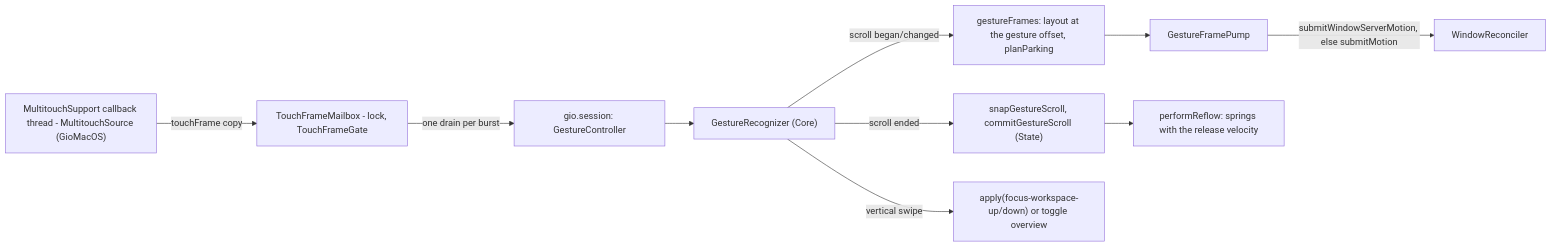
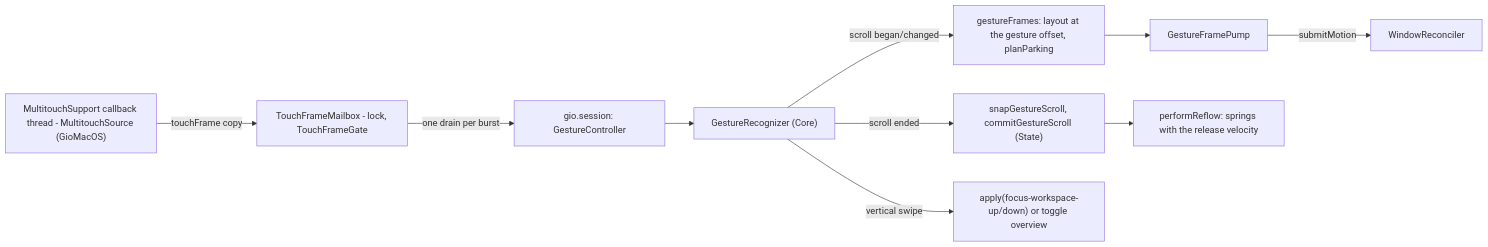
Before and after one commit to ismaelosuna7824/gio: the fourth of 6 diagrams in docs/ARCHITECTURE.md, drawn with Mermaid. The commit also changed other lines of this file and 49 other files, not shown here.

````diff
--- a/docs/ARCHITECTURE.md
+++ b/docs/ARCHITECTURE.md
@@ -452,12 +425,12 @@
 ```mermaid
 flowchart LR
     MT["MultitouchSupport callback thread - MultitouchSource (GioMacOS)"] -->|"touchFrame copy"| Box["TouchFrameMailbox - lock, TouchFrameGate"]
     Box -->|"one drain per burst"| Ctl["gio.session: GestureController"]
     Ctl --> Rec["GestureRecognizer (Core)"]
     Rec -->|"scroll began/changed"| Frames["gestureFrames: layout at the gesture offset, planParking"]
     Frames --> Pump["GestureFramePump"]
-    Pump -->|"submitWindowServerMotion, else submitMotion"| WR["WindowReconciler"]
+    Pump -->|"submitMotion"| WR["WindowReconciler"]
     Rec -->|"scroll ended"| Snap["snapGestureScroll, commitGestureScroll (State)"]
     Snap --> Pass["performReflow: springs with the release velocity"]
     Rec -->|"vertical swipe"| Act["apply(focus-workspace-up/down) or toggle overview"]
 ```
````
